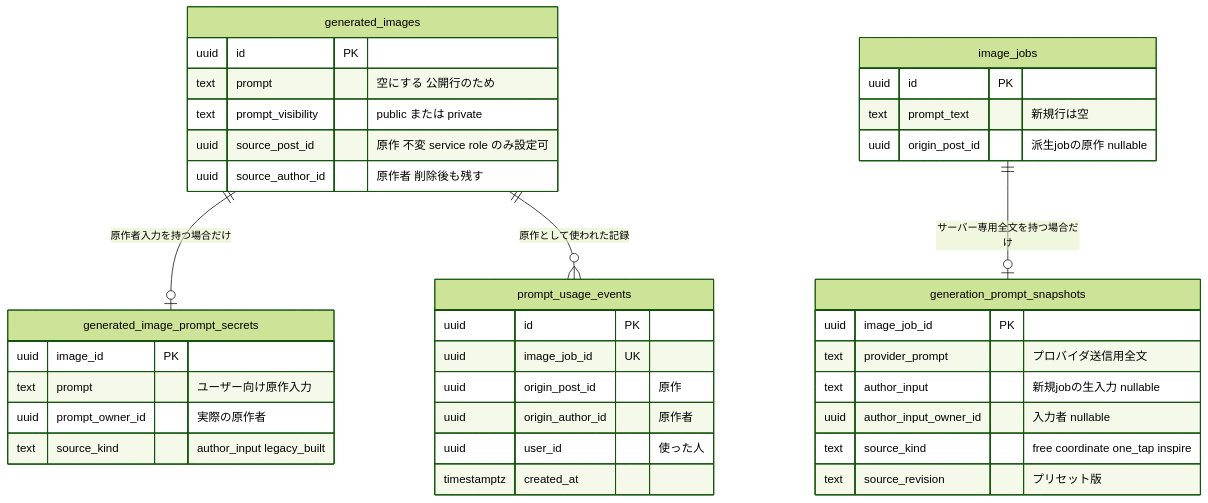
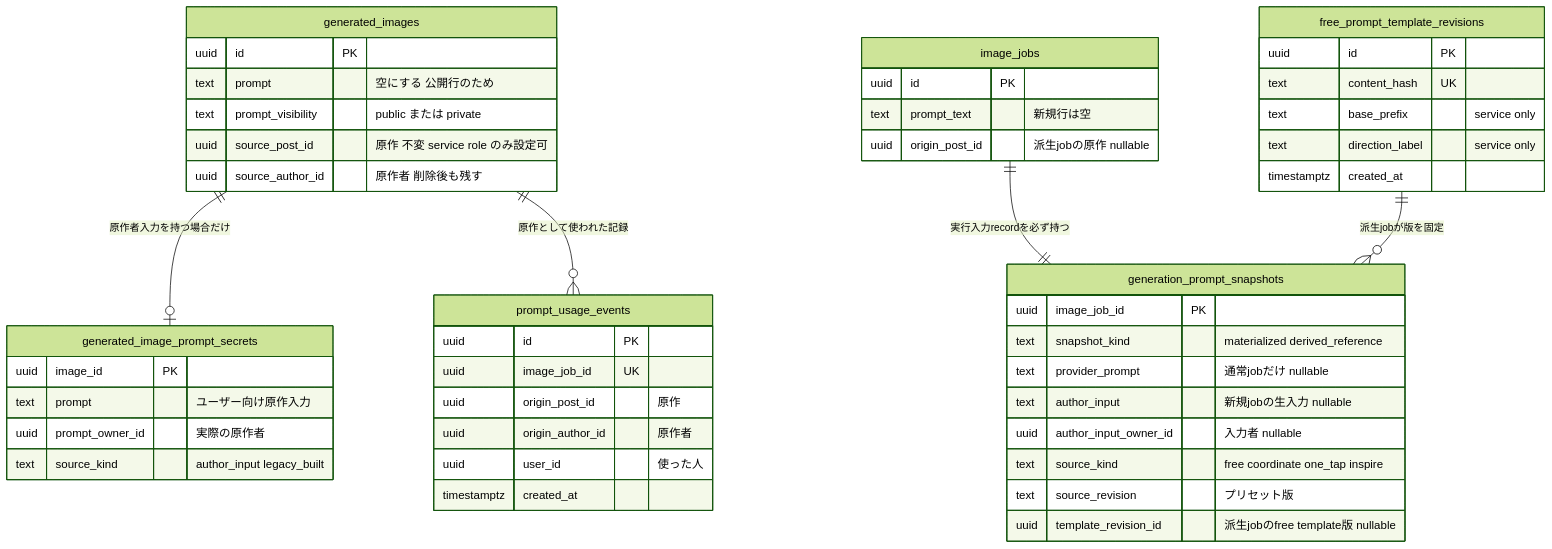
Before and after one commit to 3balljugglerYu/ai_coordinate: the fifth of 6 diagrams in docs/planning/free-prompt-private-mode-implementation-plan.md, drawn with Mermaid (forest theme). The commit also changed other lines of this file, not shown here.

Commit message:
docs(plan): harden derived prompt execution design

````diff
--- a/docs/planning/free-prompt-private-mode-implementation-plan.md
+++ b/docs/planning/free-prompt-private-mode-implementation-plan.md
@@ -271,40 +285,50 @@
 ```mermaid
 erDiagram
     generated_images ||--o| generated_image_prompt_secrets : "原作者入力を持つ場合だけ"
-    image_jobs ||--o| generation_prompt_snapshots : "サーバー専用全文を持つ場合だけ"
+    image_jobs ||--|| generation_prompt_snapshots : "実行入力recordを必ず持つ"
+    free_prompt_template_revisions ||--o{ generation_prompt_snapshots : "派生jobが版を固定"
     generated_images ||--o{ prompt_usage_events : "原作として使われた記録"
     generated_image_prompt_secrets {
         uuid image_id PK
         text prompt "ユーザー向け原作入力"
         uuid prompt_owner_id "実際の原作者"
         text source_kind "author_input legacy_built"
     }
     generation_prompt_snapshots {
         uuid image_job_id PK
-        text provider_prompt "プロバイダ送信用全文"
+        text snapshot_kind "materialized derived_reference"
+        text provider_prompt "通常jobだけ nullable"
         text author_input "新規jobの生入力 nullable"
         uuid author_input_owner_id "入力者 nullable"
         text source_kind "free coordinate one_tap inspire"
         text source_revision "プリセット版"
+        uuid template_revision_id "派生jobのfree template版 nullable"
+    }
+    free_prompt_template_revisions {
+        uuid id PK
+        text content_hash UK
+        text base_prefix "service only"
+        text direction_label "service only"
+        timestamptz created_at
     }
     image_jobs {
         uuid id PK
         text prompt_text "新規行は空"
         uuid origin_post_id "派生jobの原作 nullable"
     }
     generated_images {
         uuid id PK
         text prompt "空にする 公開行のため"
         text prompt_visibility "public または private"
         uuid source_post_id "原作 不変 service role のみ設定可"
         uuid source_author_id "原作者 削除後も残す"
     }
     prompt_usage_events {
         uuid id PK
         uuid image_job_id UK
         uuid origin_post_id "原作"
         uuid origin_author_id "原作者"
         uuid user_id "使った人"
         timestamptz created_at
     }
 ```
````
